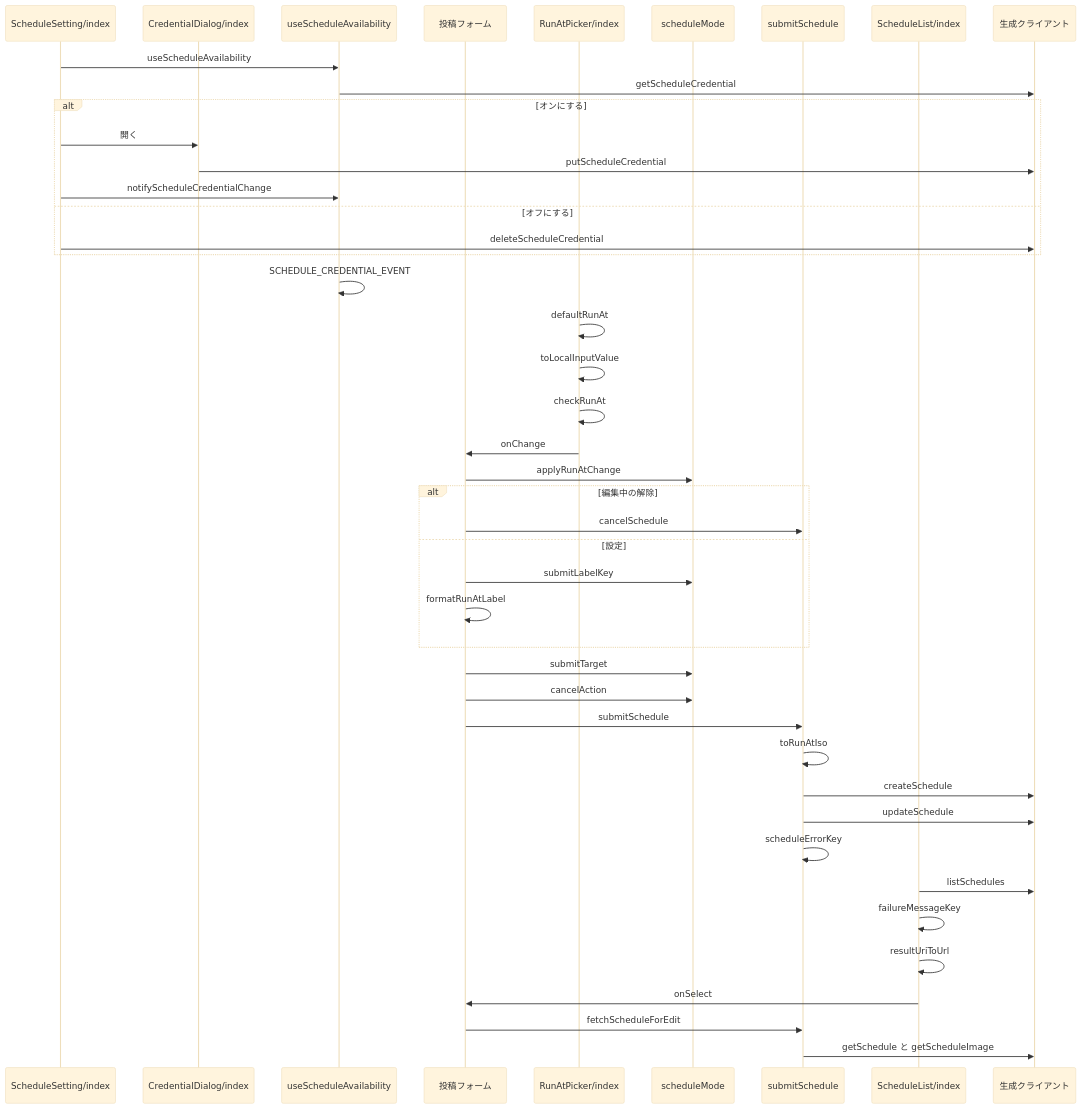
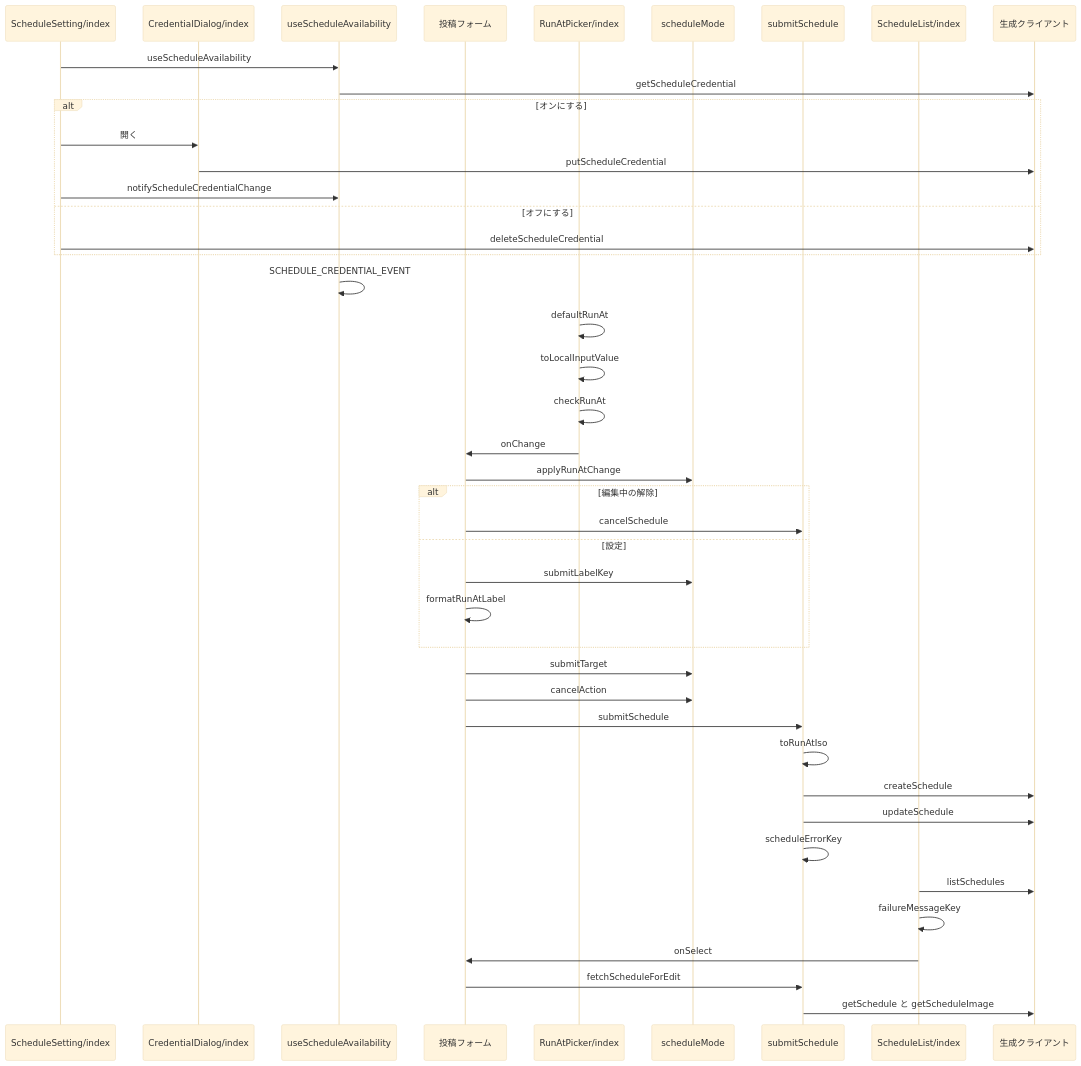
The third of 3 diagrams in specs/schedule-form/design.md (nekono-dev/skyshare), drawn with Mermaid (base theme) before and after one commit. The commit also changed other lines of this file and 47 other files, not shown here.

````diff
--- a/specs/schedule-form/design.md
+++ b/specs/schedule-form/design.md
@@ -63,46 +63,45 @@
 ```mermaid
 sequenceDiagram
   participant ScheduleSetting as ScheduleSetting/index
   participant CredentialDialog as CredentialDialog/index
   participant useScheduleAvailability
   participant ext_composer as 投稿フォーム
   participant RunAtPicker as RunAtPicker/index
   participant scheduleMode
   participant submitSchedule
   participant ScheduleList as ScheduleList/index
   participant ext_client as 生成クライアント
   ScheduleSetting->>useScheduleAvailability: useScheduleAvailability
   useScheduleAvailability->>ext_client: getScheduleCredential
   alt オンにする
     ScheduleSetting->>CredentialDialog: 開く
     CredentialDialog->>ext_client: putScheduleCredential
     ScheduleSetting->>useScheduleAvailability: notifyScheduleCredentialChange
   else オフにする
     ScheduleSetting->>ext_client: deleteScheduleCredential
   end
   useScheduleAvailability->>useScheduleAvailability: SCHEDULE_CREDENTIAL_EVENT
   RunAtPicker->>RunAtPicker: defaultRunAt
   RunAtPicker->>RunAtPicker: toLocalInputValue
   RunAtPicker->>RunAtPicker: checkRunAt
   RunAtPicker->>ext_composer: onChange
   ext_composer->>scheduleMode: applyRunAtChange
   alt 編集中の解除
     ext_composer->>submitSchedule: cancelSchedule
   else 設定
     ext_composer->>scheduleMode: submitLabelKey
     ext_composer->>ext_composer: formatRunAtLabel
   end
   ext_composer->>scheduleMode: submitTarget
   ext_composer->>scheduleMode: cancelAction
   ext_composer->>submitSchedule: submitSchedule
   submitSchedule->>submitSchedule: toRunAtIso
   submitSchedule->>ext_client: createSchedule
   submitSchedule->>ext_client: updateSchedule
   submitSchedule->>submitSchedule: scheduleErrorKey
   ScheduleList->>ext_client: listSchedules
   ScheduleList->>ScheduleList: failureMessageKey
-  ScheduleList->>ScheduleList: resultUriToUrl
   ScheduleList->>ext_composer: onSelect
   ext_composer->>submitSchedule: fetchScheduleForEdit
   submitSchedule->>ext_client: getSchedule と getScheduleImage
 ```
````
